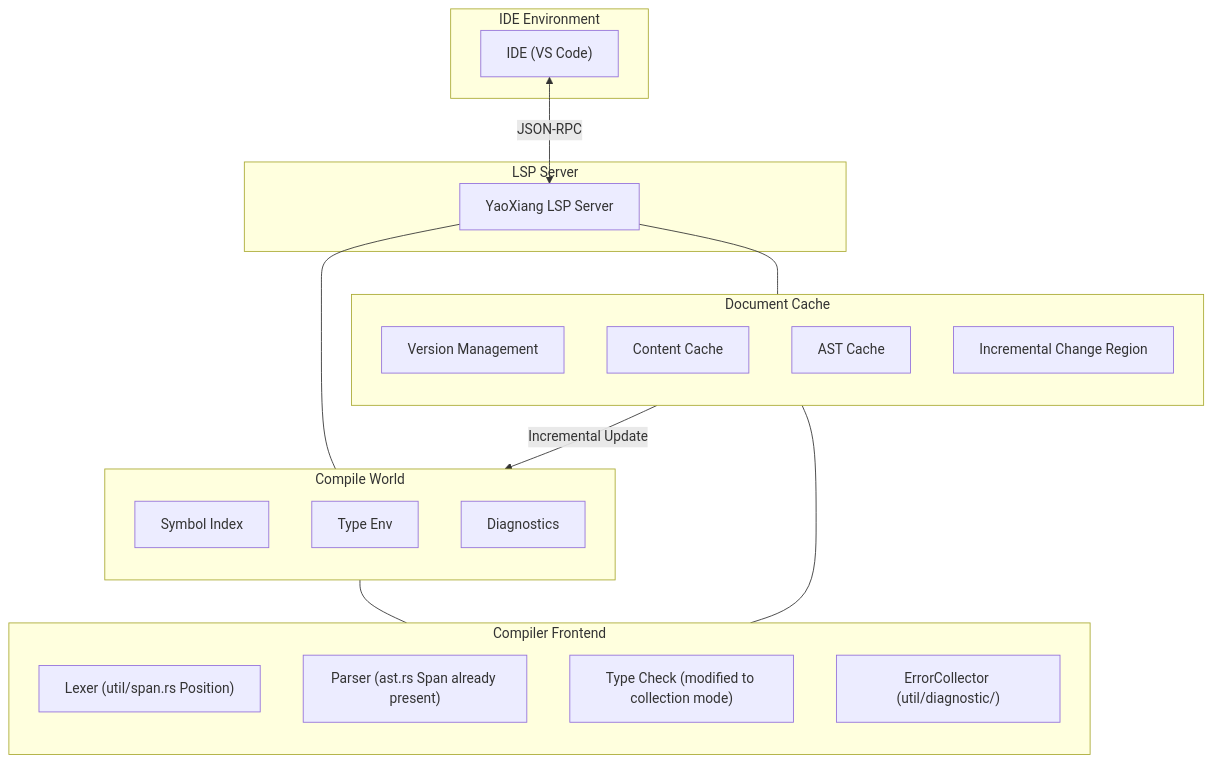
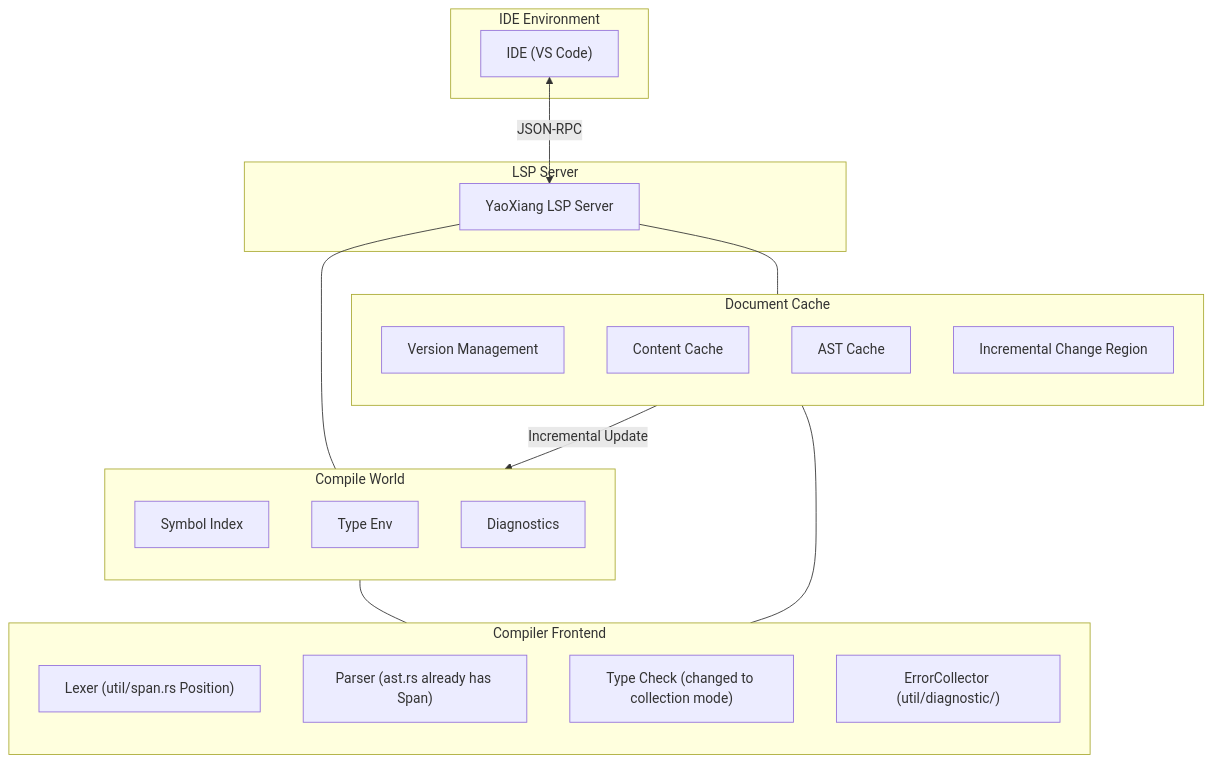
Before and after one commit to ChenXu233/YaoXiang: the diagram in docs/src/en/design/rfc/accepted/017-lsp-support.md, drawn with Mermaid. The commit also changed other lines of this file and 236 other files, not shown here.

````diff
--- a/docs/src/en/design/rfc/accepted/017-lsp-support.md
+++ b/docs/src/en/design/rfc/accepted/017-lsp-support.md
@@ -137,43 +145,43 @@
 ```mermaid
 flowchart TD
     subgraph IDE_Environment [IDE Environment]
         IDE["IDE (VS Code)"]
     end
 
     subgraph LSP_Server [LSP Server]
         LSP["YaoXiang LSP Server"]
     end
 
     subgraph World_Compile [Compile World]
         direction TB
         W_Symbol["Symbol Index"]
         W_Type["Type Env"]
         W_Diag["Diagnostics"]
     end
 
     subgraph Cache [Document Cache]
         direction TB
         C_Version["Version Management"]
         C_Content["Content Cache"]
         C_AST["AST Cache"]
         C_Delta["Incremental Change Region"]
     end
 
     subgraph Frontend [Compiler Frontend]
         direction TB
         F_Lexer["Lexer (util/span.rs Position)"]
-        F_Parser["Parser (ast.rs Span already present)"]
-        F_TypeCheck["Type Check (modified to collection mode)"]
+        F_Parser["Parser (ast.rs already has Span)"]
+        F_TypeCheck["Type Check (changed to collection mode)"]
         F_ErrorCollector["ErrorCollector (util/diagnostic/)"]
     end
 
     IDE <-->|JSON-RPC| LSP
 
     LSP --- World_Compile
     LSP --- Cache
 
     Cache -- "Incremental Update" --> World_Compile
 
     World_Compile --- Frontend
     Cache --- Frontend
 ```
````
